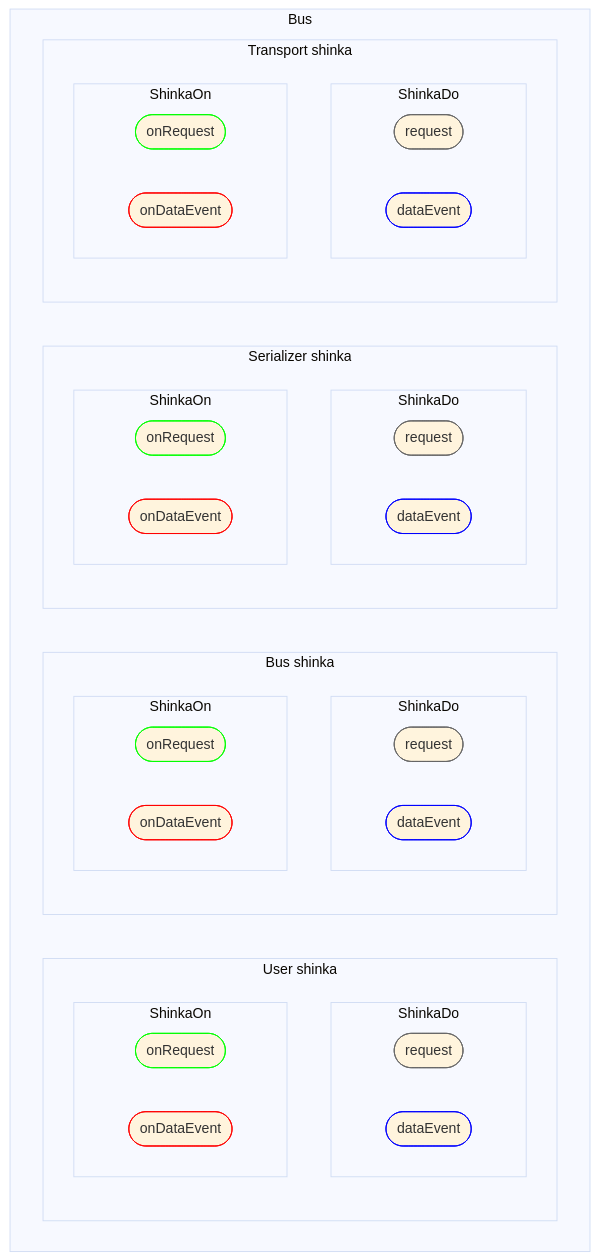
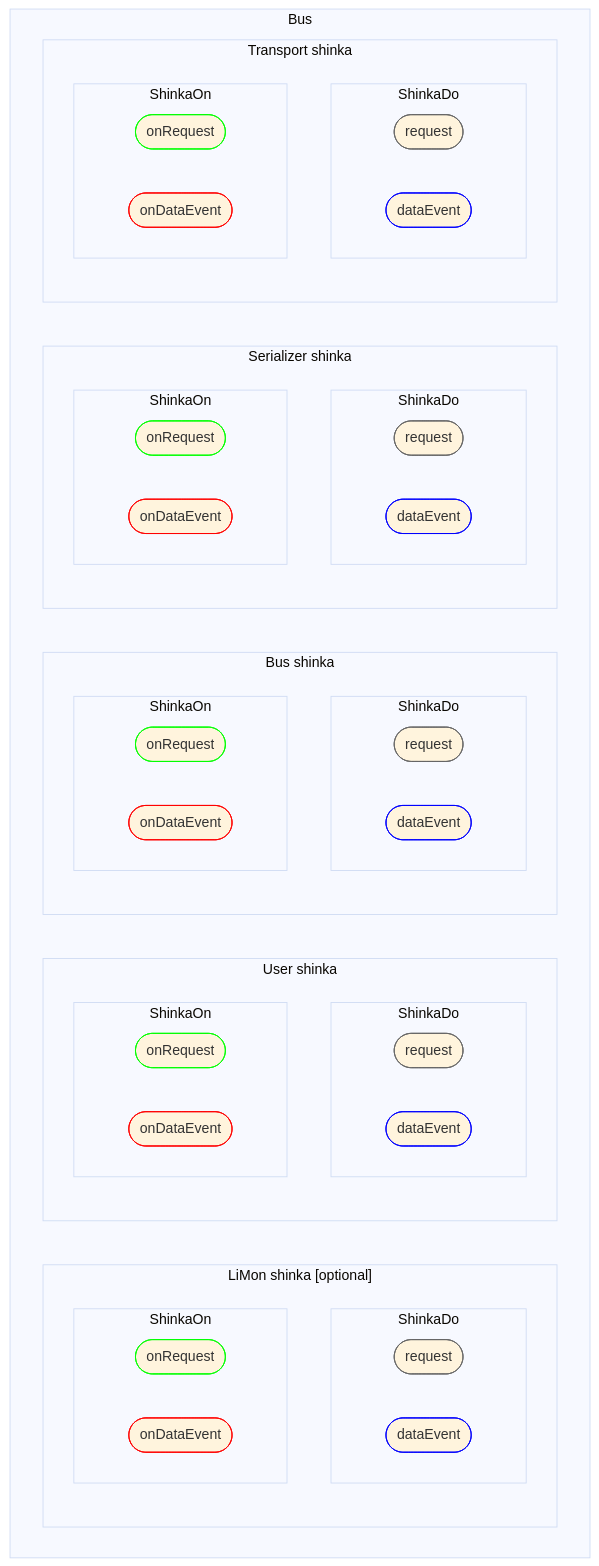
One commit to shinka-rpc/shinka-js changed the diagram in docs/core/shinka.md. Above: the diagram before and after it, drawn with Mermaid (base theme). The commit also changed other lines of this file and 43 other files, not shown here.

Commit message:
Separate `Bus` and `scheduler`; Rename that `scheduler` to `LiMon`; add also `state` into every shinka `thisArg`

````diff
--- a/docs/core/shinka.md
+++ b/docs/core/shinka.md
@@ -15,58 +15,70 @@
 ```mermaid
 graph TB
   subgraph BUS ["Bus"]
+    subgraph L ["LiMon shinka [optional]"]
+      subgraph LDO ["ShinkaDo"]
+        direction RL
+        LREQ(["request"]):::request
+        LEVT(["dataEvent"]):::dataEvent
+      end
+      subgraph LON ["ShinkaOn"]
+        direction RL
+        LONR(["onRequest"]):::onRequest
+        LONE(["onDataEvent"]):::onDataEvent
+      end
+    end
     subgraph U ["User shinka"]
       subgraph UDO ["ShinkaDo"]
         direction RL
         UREQ(["request"]):::request
         UEVT(["dataEvent"]):::dataEvent
       end
       subgraph UON ["ShinkaOn"]
         direction RL
         UONR(["onRequest"]):::onRequest
         UONE(["onDataEvent"]):::onDataEvent
       end
     end
     subgraph B ["Bus shinka"]
       subgraph BDO ["ShinkaDo"]
         direction RL
       BREQ(["request"]):::request
       BEVT(["dataEvent"]):::dataEvent
       end
       subgraph BON ["ShinkaOn"]
         direction RL
       BONR(["onRequest"]):::onRequest
       BONE(["onDataEvent"]):::onDataEvent
       end
     end
     subgraph S ["Serializer shinka"]
       subgraph SDO ["ShinkaDo"]
         direction RL
         SREQ(["request"]):::request
         SEVT(["dataEvent"]):::dataEvent
       end
       subgraph SON ["ShinkaOn"]
         direction RL
         SONR(["onRequest"]):::onRequest
         SONE(["onDataEvent"]):::onDataEvent
       end
     end
     subgraph T ["Transport shinka"]
       subgraph TDO ["ShinkaDo"]
         direction RL
         TREQ(["request"]):::request
         TEVT(["dataEvent"]):::dataEvent
       end
       subgraph TON ["ShinkaOn"]
         direction RL
         TONR(["onRequest"]):::onRequest
         TONE(["onDataEvent"]):::onDataEvent
       end
     end
   end
 
   classDef request stroke:#666
   classDef dataEvent stroke:#00f
   classDef onRequest stroke:#0f0
   classDef onDataEvent stroke:#f00
 ```
````
